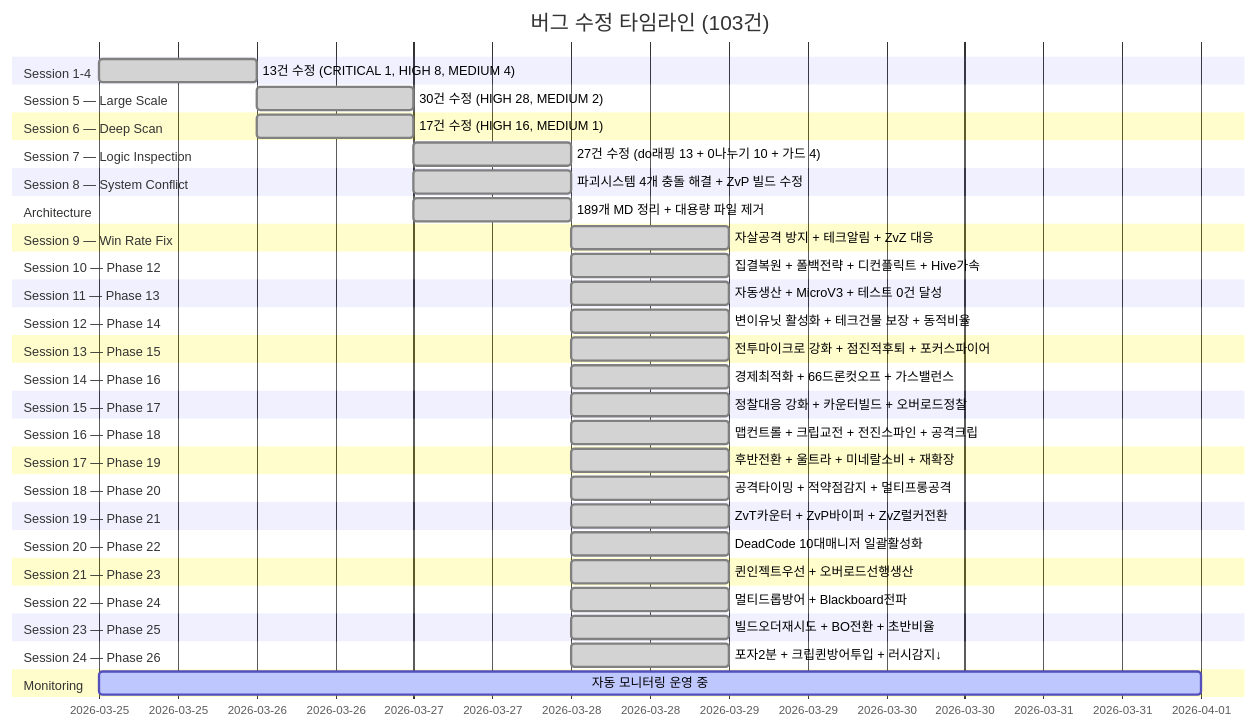
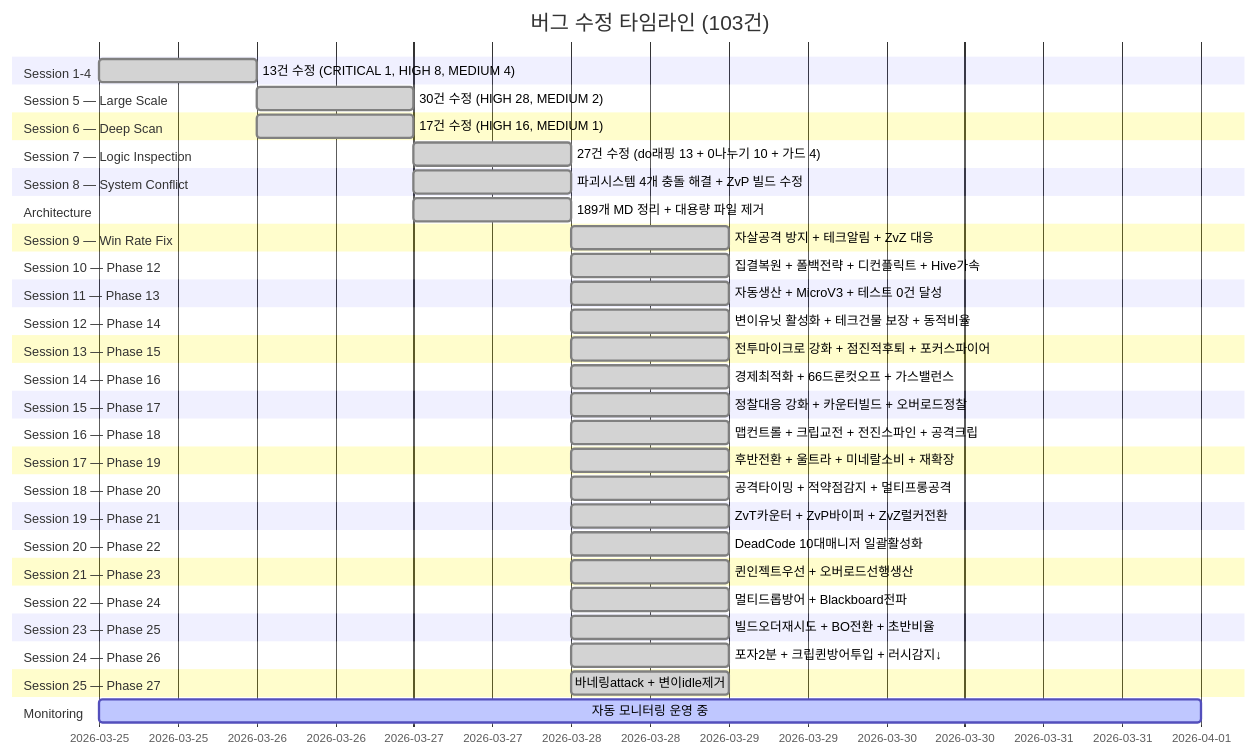
One commit to sun475300-sudo/Swarm-control-in-sc2bot changed diagram 23 of 31 in README.md. Above: the diagram before and after it, drawn with Mermaid. The commit also changed other lines of this file and 3 other files, not shown here.

````diff
--- a/README.md
+++ b/README.md
@@ -633,51 +633,53 @@
 ```mermaid
 gantt
     title 버그 수정 타임라인 (103건)
     dateFormat YYYY-MM-DD
     section Session 1-4
         13건 수정 (CRITICAL 1, HIGH 8, MEDIUM 4)   :done, s1, 2026-03-25, 1d
     section Session 5 — Large Scale
         30건 수정 (HIGH 28, MEDIUM 2)              :done, s5, 2026-03-26, 1d
     section Session 6 — Deep Scan
         17건 수정 (HIGH 16, MEDIUM 1)              :done, s6, 2026-03-26, 1d
     section Session 7 — Logic Inspection
         27건 수정 (do래핑 13 + 0나누기 10 + 가드 4) :done, s7, 2026-03-27, 1d
     section Session 8 — System Conflict
         파괴시스템 4개 충돌 해결 + ZvP 빌드 수정    :done, s8, 2026-03-27, 1d
     section Architecture
         189개 MD 정리 + 대용량 파일 제거            :done, s9, 2026-03-27, 1d
     section Session 9 — Win Rate Fix
         자살공격 방지 + 테크알림 + ZvZ 대응         :done, s10, 2026-03-28, 1d
     section Session 10 — Phase 12
         집결복원 + 폴백전략 + 디컨플릭트 + Hive가속 :done, s11, 2026-03-28, 1d
     section Session 11 — Phase 13
         자동생산 + MicroV3 + 테스트 0건 달성       :done, s12, 2026-03-28, 1d
     section Session 12 — Phase 14
         변이유닛 활성화 + 테크건물 보장 + 동적비율  :done, s13, 2026-03-28, 1d
     section Session 13 — Phase 15
         전투마이크로 강화 + 점진적후퇴 + 포커스파이어 :done, s14, 2026-03-28, 1d
     section Session 14 — Phase 16
         경제최적화 + 66드론컷오프 + 가스밸런스     :done, s15, 2026-03-28, 1d
     section Session 15 — Phase 17
         정찰대응 강화 + 카운터빌드 + 오버로드정찰   :done, s16, 2026-03-28, 1d
     section Session 16 — Phase 18
         맵컨트롤 + 크립교전 + 전진스파인 + 공격크립 :done, s17, 2026-03-28, 1d
     section Session 17 — Phase 19
         후반전환 + 울트라 + 미네랄소비 + 재확장    :done, s18, 2026-03-28, 1d
     section Session 18 — Phase 20
         공격타이밍 + 적약점감지 + 멀티프롱공격     :done, s19, 2026-03-28, 1d
     section Session 19 — Phase 21
         ZvT카운터 + ZvP바이퍼 + ZvZ럴커전환      :done, s20, 2026-03-28, 1d
     section Session 20 — Phase 22
         DeadCode 10대매니저 일괄활성화            :done, s21, 2026-03-28, 1d
     section Session 21 — Phase 23
         퀸인젝트우선 + 오버로드선행생산          :done, s22, 2026-03-28, 1d
     section Session 22 — Phase 24
         멀티드롭방어 + Blackboard전파           :done, s23, 2026-03-28, 1d
     section Session 23 — Phase 25
         빌드오더재시도 + BO전환 + 초반비율     :done, s24, 2026-03-28, 1d
     section Session 24 — Phase 26
         포자2분 + 크립퀸방어투입 + 러시감지↓  :done, s25, 2026-03-28, 1d
+    section Session 25 — Phase 27
+        바네링attack + 변이idle제거         :done, s26, 2026-03-28, 1d
     section Monitoring
         자동 모니터링 운영 중                        :active, mon, 2026-03-25, 7d
 ```
````
